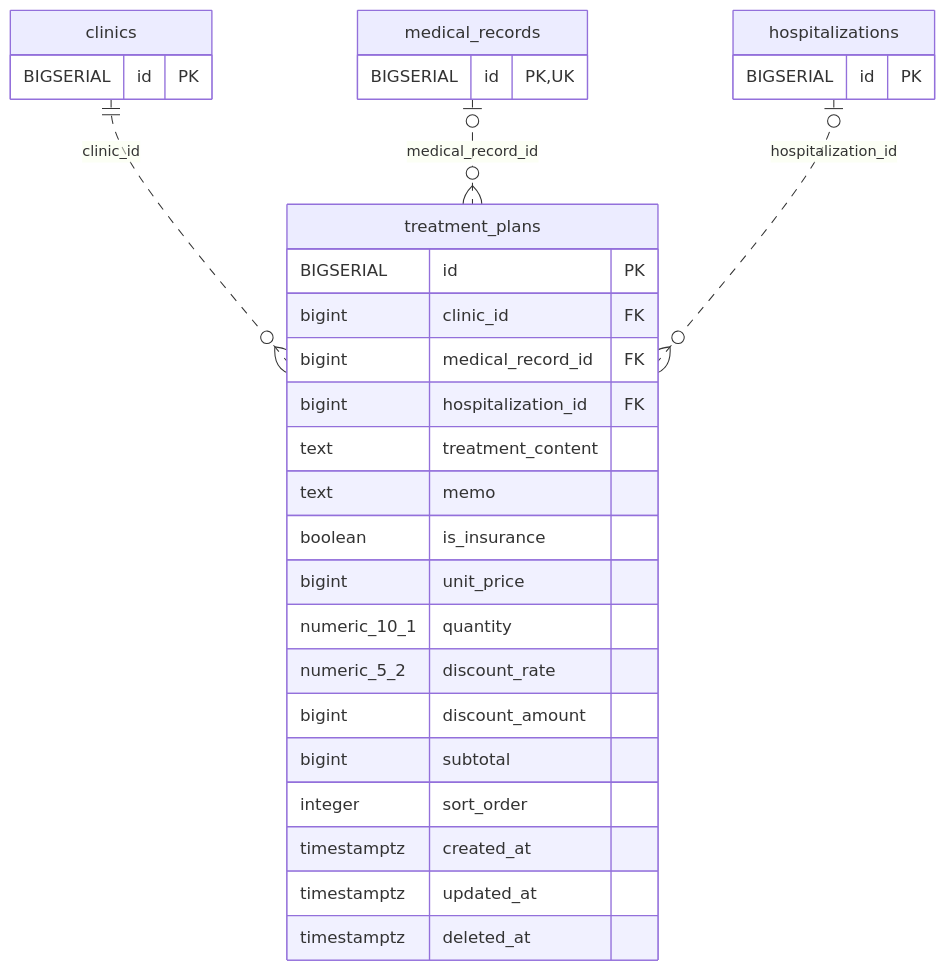
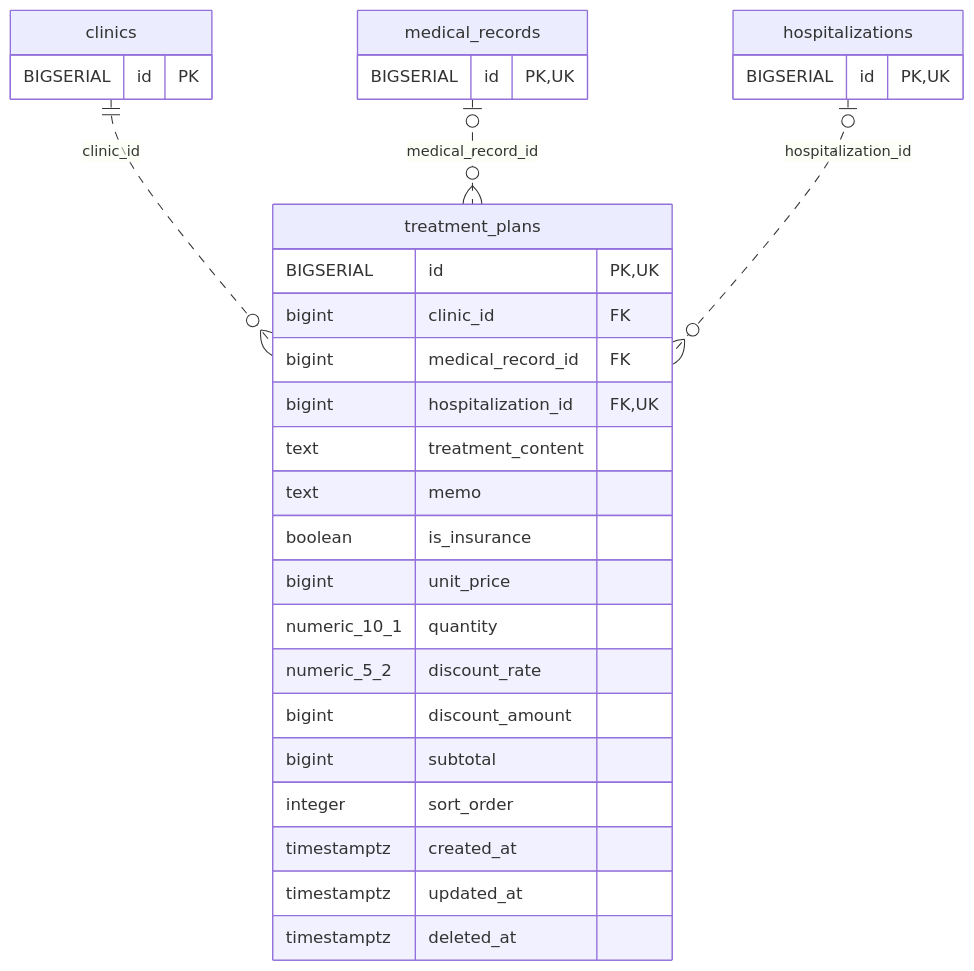
The diagram in docs/architecture/erd-detail/treatment_plans.md (MinoruSoga/AnimalEkarte), drawn with Mermaid before and after one commit. The commit also changed other lines of this file and 131 other files, not shown here.

````diff
--- a/docs/architecture/erd-detail/treatment_plans.md
+++ b/docs/architecture/erd-detail/treatment_plans.md
@@ -39,33 +39,33 @@
 ```mermaid
 erDiagram
     treatment_plans {
-        BIGSERIAL id PK
+        BIGSERIAL id PK,UK
         bigint clinic_id FK
         bigint medical_record_id FK
-        bigint hospitalization_id FK
+        bigint hospitalization_id FK,UK
         text treatment_content
         text memo
         boolean is_insurance
         bigint unit_price
         numeric_10_1 quantity
         numeric_5_2 discount_rate
         bigint discount_amount
         bigint subtotal
         integer sort_order
         timestamptz created_at
         timestamptz updated_at
         timestamptz deleted_at
     }
     clinics {
         BIGSERIAL id PK
     }
     hospitalizations {
-        BIGSERIAL id PK
+        BIGSERIAL id PK,UK
     }
     medical_records {
         BIGSERIAL id PK,UK
     }
     clinics ||..o{ treatment_plans : "clinic_id"
     medical_records o|..o{ treatment_plans : "medical_record_id"
     hospitalizations o|..o{ treatment_plans : "hospitalization_id"
 ```
````
